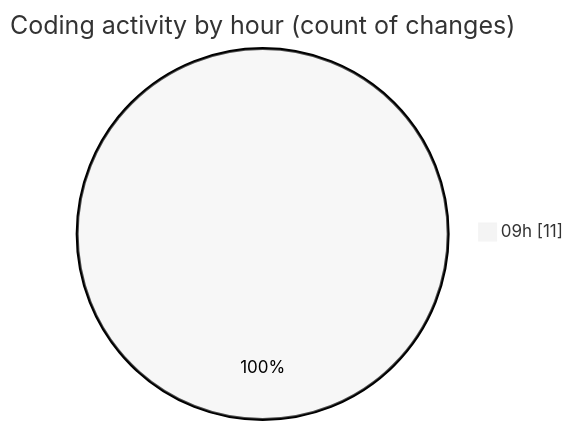
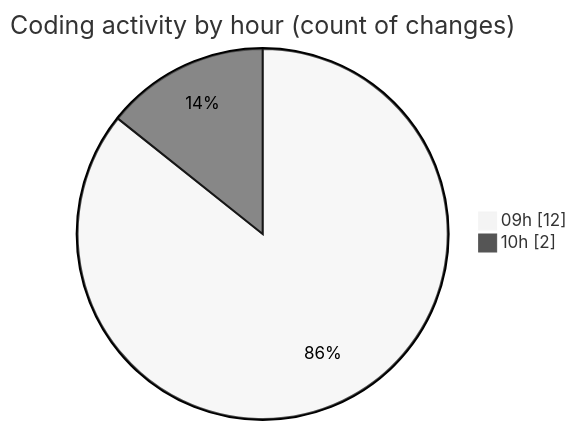
One commit to momahboobian/code-tracking changed the second of 2 diagrams in 2025-11-27/cda/README.md. Above: the diagram before and after it, drawn with Mermaid (neutral theme). The commit also changed other lines of this file and 1 other file, not shown here.

````diff
--- a/2025-11-27/cda/README.md
+++ b/2025-11-27/cda/README.md
@@ -29,5 +29,6 @@
 ```mermaid
 pie showData
 title Coding activity by hour (count of changes)
-"09h" : 11
+"09h" : 12
+"10h" : 2
 ```
````
